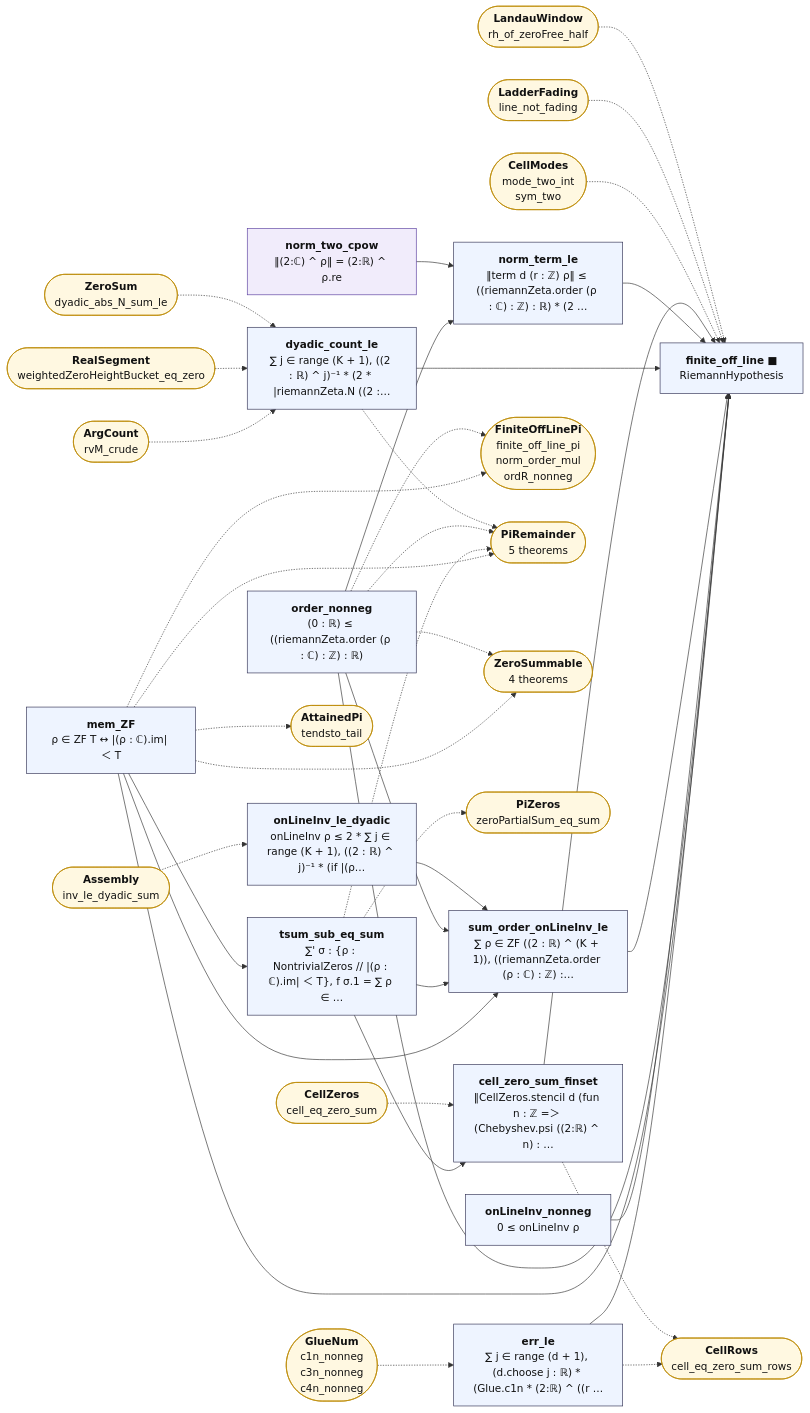
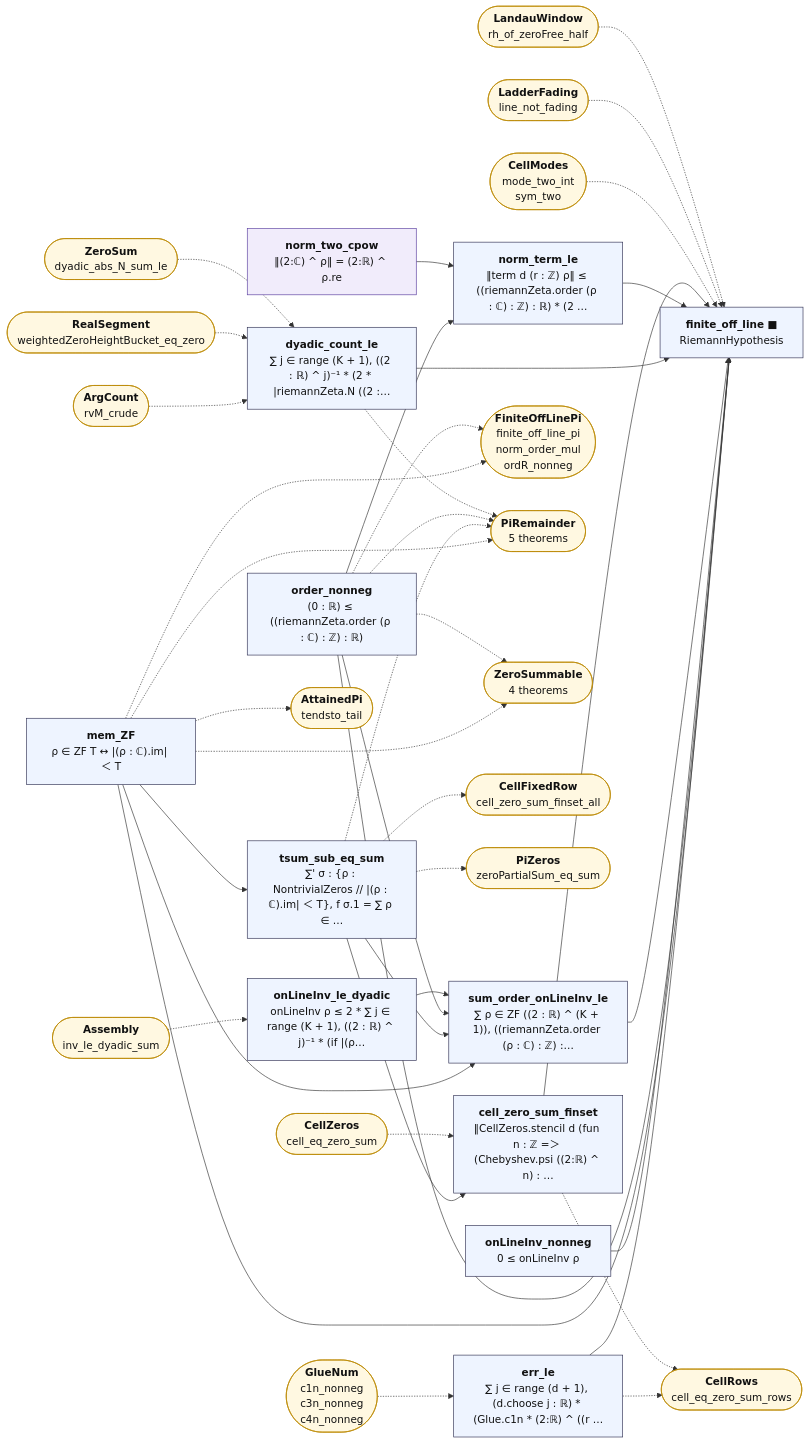
Before and after one commit to juliansambranojr/Primebeat_081426: the diagram in map/lean_stage3/FiniteOffLine.mmd, drawn with Mermaid. The commit also changed 35 other files, not shown here.

```diff
--- a/map/lean_stage3/FiniteOffLine.mmd
+++ b/map/lean_stage3/FiniteOffLine.mmd
@@ -1,73 +1,75 @@
 flowchart LR
   n0["<b>mem_ZF</b><br/>ρ ∈ ZF T ↔ |(ρ : ℂ).im| ＜ T"]:::thm
   n1["<b>tsum_sub_eq_sum</b><br/>∑' σ : {ρ : NontrivialZeros // |(ρ : ℂ).im| ＜ T}, f σ.1 = ∑ ρ ∈ …"]:::thm
   n2["<b>order_nonneg</b><br/>(0 : ℝ) ≤ ((riemannZeta.order (ρ : ℂ) : ℤ) : ℝ)"]:::thm
   n3["<b>onLineInv_nonneg</b><br/>0 ≤ onLineInv ρ"]:::thm
   n4["<b>onLineInv_le_dyadic</b><br/>onLineInv ρ ≤ 2 * ∑ j ∈ range (K + 1), ((2 : ℝ) ^ j)⁻¹ * (if |(ρ…"]:::thm
   n5["<b>sum_order_onLineInv_le</b><br/>∑ ρ ∈ ZF ((2 : ℝ) ^ (K + 1)), ((riemannZeta.order (ρ : ℂ) : ℤ) :…"]:::thm
   n6["<b>dyadic_count_le</b><br/>∑ j ∈ range (K + 1), ((2 : ℝ) ^ j)⁻¹ * (2 * |riemannZeta.N ((2 :…"]:::thm
   n7["<b>norm_two_cpow</b><br/>‖(2:ℂ) ^ ρ‖ = (2:ℝ) ^ ρ.re"]:::shp
   n8["<b>norm_term_le</b><br/>‖term d (r : ℤ) ρ‖ ≤ ((riemannZeta.order (ρ : ℂ) : ℤ) : ℝ) * (2 …"]:::thm
   n9["<b>cell_zero_sum_finset</b><br/>‖CellZeros.stencil d (fun n : ℤ =＞ (Chebyshev.psi ((2:ℝ) ^ n) : …"]:::thm
   n10["<b>err_le</b><br/>∑ j ∈ range (d + 1), (d.choose j : ℝ) * (Glue.c1n * (2:ℝ) ^ ((r …"]:::thm
   n11["<b>finite_off_line ■</b><br/>RiemannHypothesis"]:::thm
   x0(["<b>AttainedPi</b><br/>tendsto_tail"]):::ext
   x1(["<b>FiniteOffLinePi</b><br/>finite_off_line_pi<br/>norm_order_mul<br/>ordR_nonneg"]):::ext
   x2(["<b>PiRemainder</b><br/>5 theorems"]):::ext
   x3(["<b>ZeroSummable</b><br/>4 theorems"]):::ext
-  x4(["<b>PiZeros</b><br/>zeroPartialSum_eq_sum"]):::ext
-  x5(["<b>Assembly</b><br/>inv_le_dyadic_sum"]):::ext
-  x6(["<b>ArgCount</b><br/>rvM_crude"]):::ext
-  x7(["<b>RealSegment</b><br/>weightedZeroHeightBucket_eq_zero"]):::ext
-  x8(["<b>ZeroSum</b><br/>dyadic_abs_N_sum_le"]):::ext
-  x9(["<b>CellZeros</b><br/>cell_eq_zero_sum"]):::ext
-  x10(["<b>CellRows</b><br/>cell_eq_zero_sum_rows"]):::ext
-  x11(["<b>GlueNum</b><br/>c1n_nonneg<br/>c3n_nonneg<br/>c4n_nonneg"]):::ext
-  x12(["<b>CellModes</b><br/>mode_two_int<br/>sym_two"]):::ext
-  x13(["<b>LadderFading</b><br/>line_not_fading"]):::ext
-  x14(["<b>LandauWindow</b><br/>rh_of_zeroFree_half"]):::ext
+  x4(["<b>CellFixedRow</b><br/>cell_zero_sum_finset_all"]):::ext
+  x5(["<b>PiZeros</b><br/>zeroPartialSum_eq_sum"]):::ext
+  x6(["<b>Assembly</b><br/>inv_le_dyadic_sum"]):::ext
+  x7(["<b>ArgCount</b><br/>rvM_crude"]):::ext
+  x8(["<b>RealSegment</b><br/>weightedZeroHeightBucket_eq_zero"]):::ext
+  x9(["<b>ZeroSum</b><br/>dyadic_abs_N_sum_le"]):::ext
+  x10(["<b>CellZeros</b><br/>cell_eq_zero_sum"]):::ext
+  x11(["<b>CellRows</b><br/>cell_eq_zero_sum_rows"]):::ext
+  x12(["<b>GlueNum</b><br/>c1n_nonneg<br/>c3n_nonneg<br/>c4n_nonneg"]):::ext
+  x13(["<b>CellModes</b><br/>mode_two_int<br/>sym_two"]):::ext
+  x14(["<b>LadderFading</b><br/>line_not_fading"]):::ext
+  x15(["<b>LandauWindow</b><br/>rh_of_zeroFree_half"]):::ext
   n0 --> n1
   n0 --> n11
   n0 --> n5
   n1 --> n5
   n1 --> n9
   n10 --> n11
   n2 --> n11
   n2 --> n5
   n2 --> n8
   n3 --> n11
   n4 --> n5
   n5 --> n11
   n6 --> n11
   n7 --> n8
   n8 --> n11
   n9 --> n11
   n0 -.-> x0
   n0 -.-> x1
   n0 -.-> x2
   n0 -.-> x3
   n1 -.-> x2
   n1 -.-> x4
-  n10 -.-> x10
+  n1 -.-> x5
+  n10 -.-> x11
   n2 -.-> x1
   n2 -.-> x2
   n2 -.-> x3
   n6 -.-> x2
-  n9 -.-> x10
-  x11 -.-> n10
-  x12 -.-> n11
+  n9 -.-> x11
+  x10 -.-> n9
+  x12 -.-> n10
   x13 -.-> n11
   x14 -.-> n11
-  x5 -.-> n4
-  x6 -.-> n6
+  x15 -.-> n11
+  x6 -.-> n4
   x7 -.-> n6
   x8 -.-> n6
-  x9 -.-> n9
+  x9 -.-> n6
   classDef cnt fill:#dff5ec,stroke:#17694a,color:#111
   classDef shp fill:#f1ecfb,stroke:#5b3fa0,color:#111
   classDef rh fill:#ffe5e5,stroke:#c22,color:#111,stroke-width:2px
   classDef thm fill:#eef4ff,stroke:#335,color:#111
   classDef end_ fill:#e7f7e7,stroke:#2a7,color:#111,stroke-width:2px
   classDef lone fill:#fff,stroke:#999,color:#111,stroke-dasharray:4 3
   classDef bad fill:#ffe5e5,stroke:#c22,color:#111,stroke-width:2px
   classDef ext fill:#fff8e1,stroke:#b80,color:#111
```
